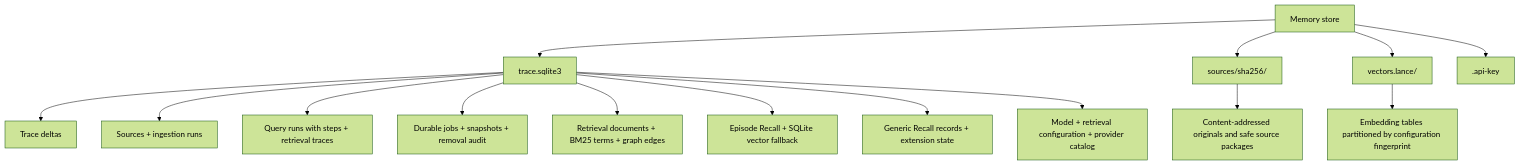
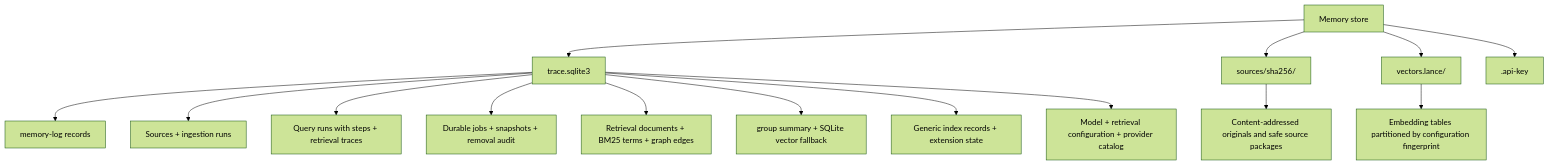
One commit to shanmukh05/trisynapse-memory changed diagram 13 of 13 in docs/architecture.md. Above: the diagram before and after it, drawn with Mermaid (forest theme). The commit also changed other lines of this file and 67 other files, not shown here.

````diff
--- a/docs/architecture.md
+++ b/docs/architecture.md
@@ -625,17 +646,17 @@
 ```mermaid
 flowchart TD
     ROOT["Memory store"] --> DB["trace.sqlite3"]
     ROOT --> SRC["sources/sha256/"]
     ROOT --> VC["vectors.lance/"]
     ROOT --> KEY[".api-key"]
-    DB --> D["Trace deltas"]
+    DB --> D["memory-log records"]
     DB --> M["Sources + ingestion runs"]
     DB --> Q["Query runs with steps + retrieval traces"]
     DB --> J["Durable jobs + snapshots + removal audit"]
     DB --> R["Retrieval documents + BM25 terms + graph edges"]
-    DB --> RC["Episode Recall + SQLite vector fallback"]
-    DB --> EX["Generic Recall records + extension state"]
+    DB --> RC["group summary + SQLite vector fallback"]
+    DB --> EX["Generic index records + extension state"]
     DB --> CFG["Model + retrieval configuration + provider catalog"]
     SRC --> O["Content-addressed originals and safe source packages"]
     VC --> V["Embedding tables partitioned by configuration fingerprint"]
 ```
````
